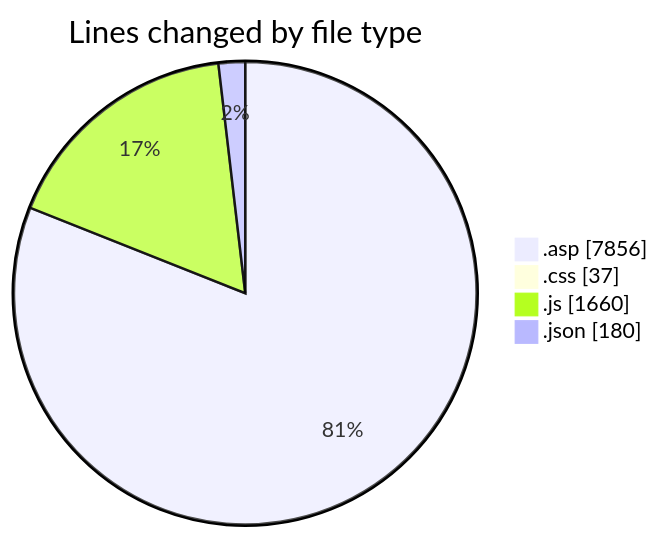
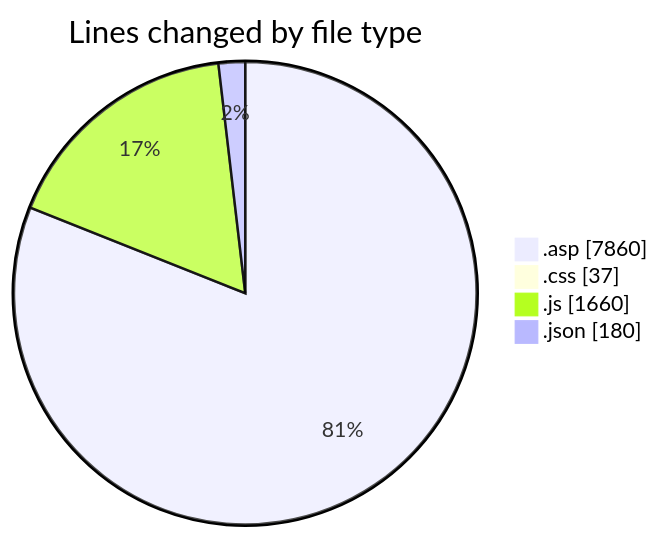
The first of 2 diagrams in 2025-11-02/cdp_aleoudev_fr__workspace_/README.md (julien-gomy/code-tracking), drawn with Mermaid before and after one commit. The commit also changed other lines of this file and 1 other file, not shown here.

````diff
--- a/2025-11-02/cdp_aleoudev_fr__workspace_/README.md
+++ b/2025-11-02/cdp_aleoudev_fr__workspace_/README.md
@@ -28,8 +28,8 @@
 ```mermaid
 pie showData
 title Lines changed by file type
-".asp" : 7856
+".asp" : 7860
 ".css" : 37
 ".js" : 1660
 ".json" : 180
 ```
````
